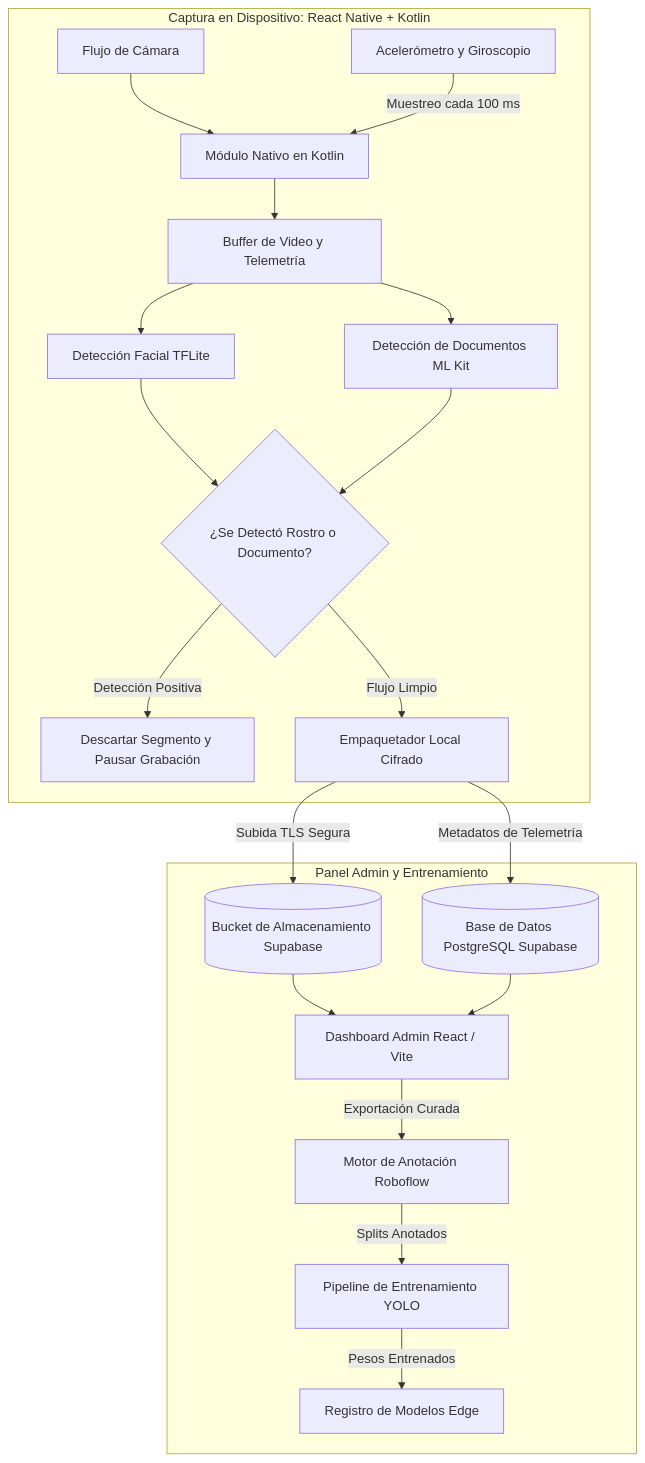
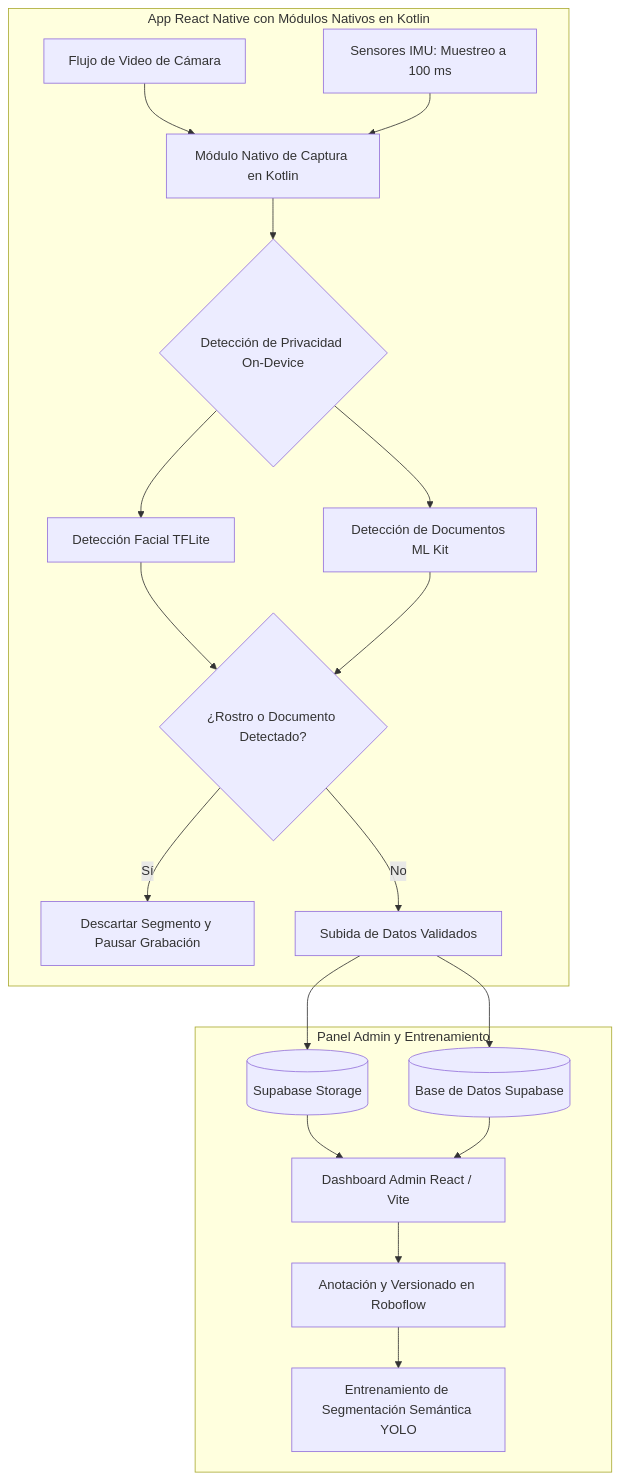
One commit to qproyect/qproject-showcase changed the diagram in case-studies/qvision.es.md. Above: the diagram before and after it, drawn with Mermaid. The commit also changed other lines of this file and 8 other files, not shown here.

````diff
--- a/case-studies/qvision.es.md
+++ b/case-studies/qvision.es.md
@@ -24,28 +23,27 @@
 ```mermaid
 graph TD
-    subgraph Mobile Edge Capture [Captura en Dispositivo: React Native + Kotlin]
-        Camera[Flujo de Cámara] --> NativeBridge[Módulo Nativo en Kotlin]
-        IMUSensors[Acelerómetro y Giroscopio] -->|Muestreo cada 100 ms| NativeBridge
+    subgraph Mobile Edge Capture [App React Native con Módulos Nativos en Kotlin]
+        Camera[Flujo de Video de Cámara] --> KotlinModule[Módulo Nativo de Captura en Kotlin]
+        IMU[Sensores IMU: Muestreo a 100 ms] --> KotlinModule
 
-        NativeBridge --> FrameBuffer[Buffer de Video y Telemetría]
-        FrameBuffer --> TFLite[Detección Facial TFLite]
-        FrameBuffer --> MLKit[Detección de Documentos ML Kit]
+        KotlinModule --> PrivacyGating{Detección de Privacidad On-Device}
+        PrivacyGating --> TFLite[Detección Facial TFLite]
+        PrivacyGating --> MLKit[Detección de Documentos ML Kit]
 
-        TFLite --> PrivacyGate{¿Se Detectó Rostro o Documento?}
-        MLKit --> PrivacyGate
+        TFLite --> TripwireDecision{¿Rostro o Documento Detectado?}
+        MLKit --> TripwireDecision
 
-        PrivacyGate -->|Detección Positiva| DiscardAction[Descartar Segmento y Pausar Grabación]
-        PrivacyGate -->|Flujo Limpio| LocalPackager[Empaquetador Local Cifrado]
+        TripwireDecision -->|Sí| DiscardPause[Descartar Segmento y Pausar Grabación]
+        TripwireDecision -->|No| UploadStream[Subida de Datos Validados]
     end
 
-    LocalPackager -->|Subida TLS Segura| StorageBucket[(Bucket de Almacenamiento Supabase)]
-    LocalPackager -->|Metadatos de Telemetría| SupabaseDB[(Base de Datos PostgreSQL Supabase)]
+    UploadStream --> SupabaseStorage[(Supabase Storage)]
+    UploadStream --> SupabaseDB[(Base de Datos Supabase)]
 
-    subgraph Backoffice & Dataset Pipeline [Panel Admin y Entrenamiento]
-        StorageBucket --> AdminApp[Dashboard Admin React / Vite]
-        SupabaseDB --> AdminApp
-        AdminApp -->|Exportación Curada| Roboflow[Motor de Anotación Roboflow]
-        Roboflow -->|Splits Anotados| TrainingCluster[Pipeline de Entrenamiento YOLO]
-        TrainingCluster -->|Pesos Entrenados| ModelRegistry[Registro de Modelos Edge]
+    subgraph Dataset Validation & Training [Panel Admin y Entrenamiento]
+        SupabaseStorage --> AdminDashboard[Dashboard Admin React / Vite]
+        SupabaseDB --> AdminDashboard
+        AdminDashboard --> Roboflow[Anotación y Versionado en Roboflow]
+        Roboflow --> YOLOTraining[Entrenamiento de Segmentación Semántica YOLO]
     end
 ```
````
